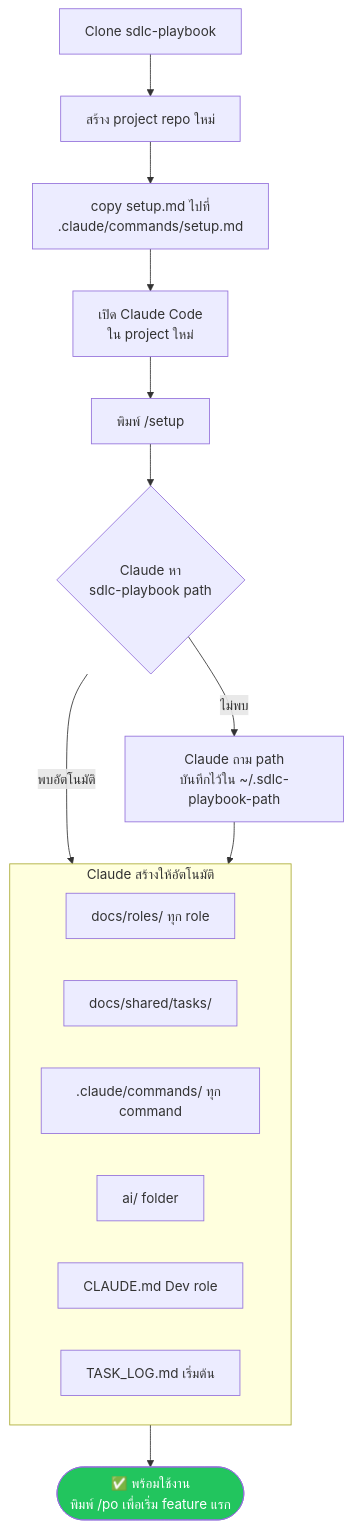
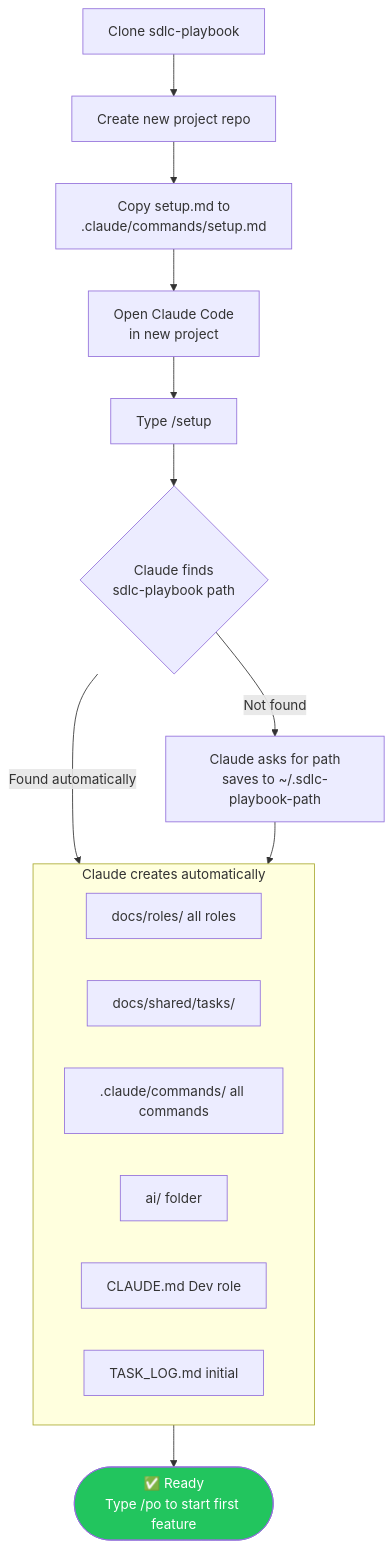
Before and after one commit to sarawuth-pimsai/sdlc-playbook: the third of 9 diagrams in docs/WORKFLOW_OVERVIEW.md, drawn with Mermaid. The commit also changed other lines of this file and 36 other files, not shown here.

````diff
--- a/docs/WORKFLOW_OVERVIEW.md
+++ b/docs/WORKFLOW_OVERVIEW.md
@@ -64,26 +64,26 @@
 ```mermaid
 flowchart TD
-    B1[Clone sdlc-playbook] --> B2[สร้าง project repo ใหม่]
-    B2 --> B3["copy setup.md ไปที่\n.claude/commands/setup.md"]
-    B3 --> B4["เปิด Claude Code\nใน project ใหม่"]
-    B4 --> B5["พิมพ์ /setup"]
+    B1[Clone sdlc-playbook] --> B2[Create new project repo]
+    B2 --> B3["Copy setup.md to\n.claude/commands/setup.md"]
+    B3 --> B4["Open Claude Code\nin new project"]
+    B4 --> B5["Type /setup"]
 
-    B5 --> B6{Claude หา\nsdlc-playbook path}
-    B6 -->|พบอัตโนมัติ| B7
-    B6 -->|ไม่พบ| B6B[Claude ถาม path\nบันทึกไว้ใน ~/.sdlc-playbook-path]
+    B5 --> B6{Claude finds\nsdlc-playbook path}
+    B6 -->|Found automatically| B7
+    B6 -->|Not found| B6B[Claude asks for path\nsaves to ~/.sdlc-playbook-path]
     B6B --> B7
 
-    subgraph B7[Claude สร้างให้อัตโนมัติ]
+    subgraph B7[Claude creates automatically]
         direction LR
-        D1[docs/roles/ ทุก role]
+        D1[docs/roles/ all roles]
         D2[docs/shared/tasks/]
-        D3[.claude/commands/ ทุก command]
+        D3[.claude/commands/ all commands]
         D4[ai/ folder]
         D5[CLAUDE.md Dev role]
-        D6[TASK_LOG.md เริ่มต้น]
+        D6[TASK_LOG.md initial]
     end
 
-    B7 --> B8([✅ พร้อมใช้งาน\nพิมพ์ /po เพื่อเริ่ม feature แรก])
+    B7 --> B8([✅ Ready\nType /po to start first feature])
 
     style B8 fill:#22c55e,color:#fff
 ```
````
